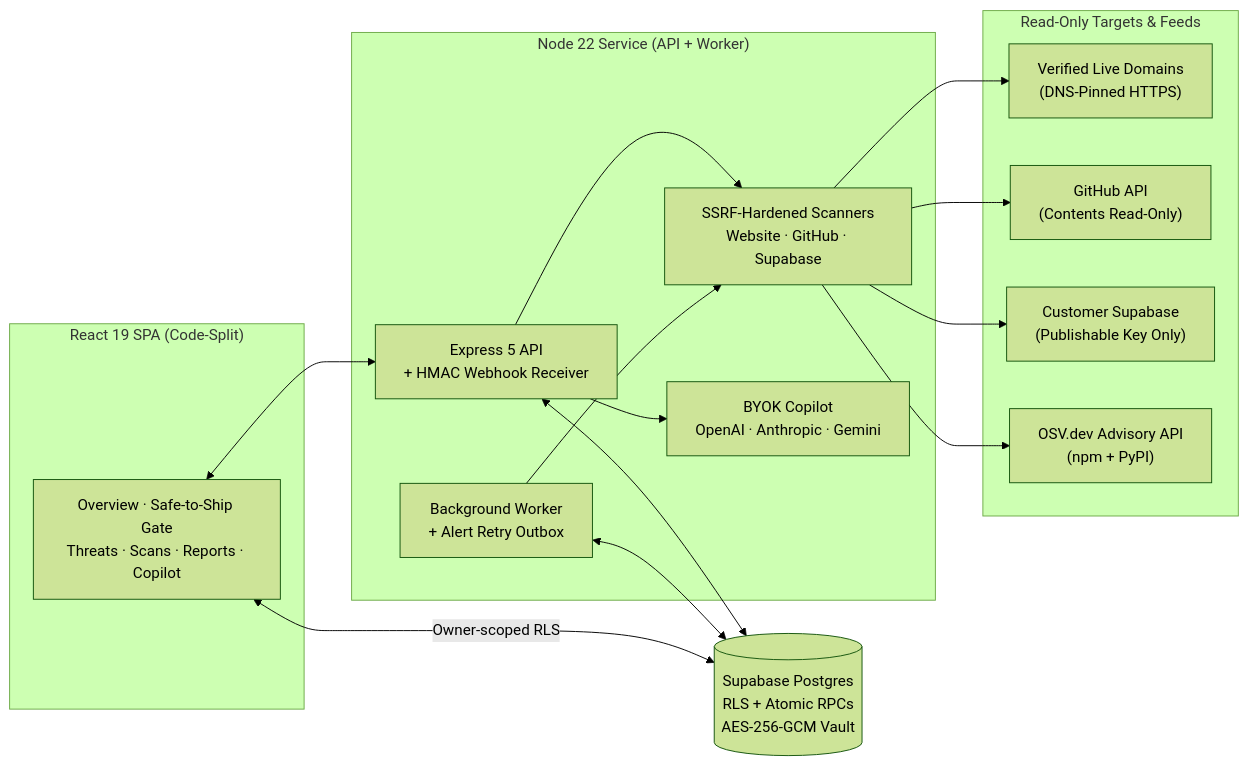
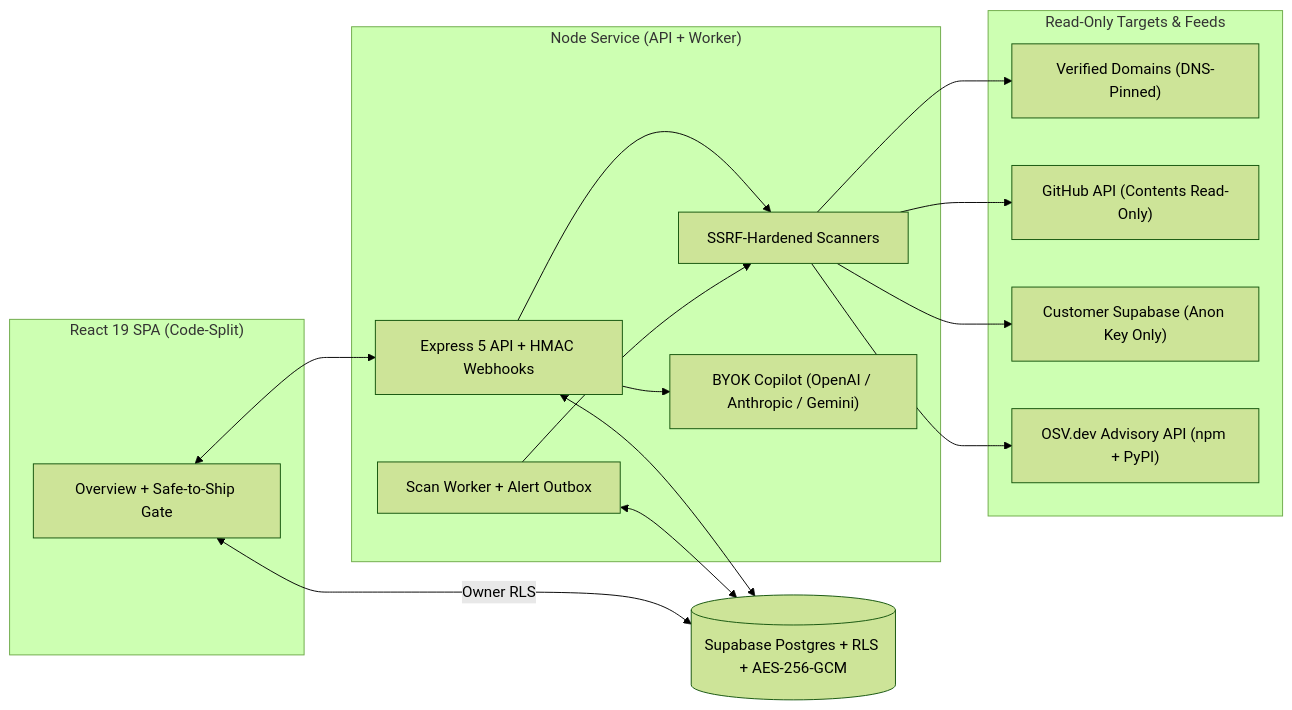
One commit to Astraa14/bulwark changed the diagram in README.md. Above: the diagram before and after it, drawn with Mermaid (forest theme). The commit also changed other lines of this file and 3 other files, not shown here.

````diff
--- a/README.md
+++ b/README.md
@@ -36,34 +70,34 @@
 ```mermaid
 flowchart LR
   subgraph Client["React 19 SPA (Code-Split)"]
-    UI["Overview · Safe-to-Ship Gate\nThreats · Scans · Reports · Copilot"]
+    UI["Overview + Safe-to-Ship Gate"]
   end
 
-  subgraph Server["Node 22 Service (API + Worker)"]
-    API["Express 5 API\n+ HMAC Webhook Receiver"]
-    W["Background Worker\n+ Alert Retry Outbox"]
-    SC["SSRF-Hardened Scanners\nWebsite · GitHub · Supabase"]
-    AI["BYOK Copilot\nOpenAI · Anthropic · Gemini"]
+  subgraph Server["Node Service (API + Worker)"]
+    API["Express 5 API + HMAC Webhooks"]
+    W["Scan Worker + Alert Outbox"]
+    SC["SSRF-Hardened Scanners"]
+    AI["BYOK Copilot (OpenAI / Anthropic / Gemini)"]
   end
 
   subgraph External["Read-Only Targets & Feeds"]
-    WEB["Verified Live Domains\n(DNS-Pinned HTTPS)"]
-    GH["GitHub API\n(Contents Read-Only)"]
-    SB["Customer Supabase\n(Publishable Key Only)"]
-    OSV["OSV.dev Advisory API\n(npm + PyPI)"]
+    WEB["Verified Domains (DNS-Pinned)"]
+    GH["GitHub API (Contents Read-Only)"]
+    SB["Customer Supabase (Anon Key Only)"]
+    OSV["OSV.dev Advisory API (npm + PyPI)"]
   end
 
-  DB[("Supabase Postgres\nRLS + Atomic RPCs\nAES-256-GCM Vault")]
+  DB[("Supabase Postgres + RLS + AES-256-GCM")]
 
   UI <--> API
-  UI <-->|"Owner-scoped RLS"| DB
+  UI <-->|"Owner RLS"| DB
   API <--> DB
   W <--> DB
   API --> SC
   W --> SC
   API --> AI
   SC --> WEB
   SC --> GH
   SC --> SB
   SC --> OSV
 ```
````
